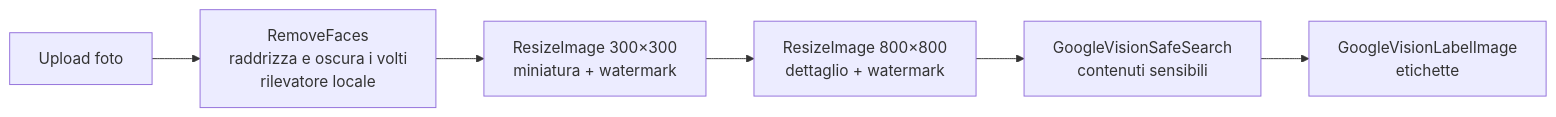
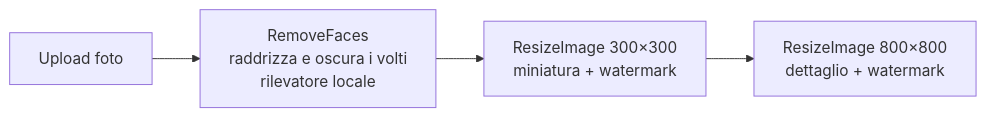
The second of 3 diagrams in README.md (DarioDidonna/presto_dario_didonna), drawn with Mermaid before and after one commit. The commit also changed other lines of this file and 1 other file, not shown here.

First line of the commit message:
Documentazione senza Google Vision

````diff
--- a/README.md
+++ b/README.md
@@ -96,8 +96,6 @@
 ```mermaid
 flowchart LR
     A[Upload foto] --> B[RemoveFaces<br/>raddrizza e oscura i volti<br/>rilevatore locale]
     B --> C[ResizeImage 300×300<br/>miniatura + watermark]
     C --> D[ResizeImage 800×800<br/>dettaglio + watermark]
-    D --> E[GoogleVisionSafeSearch<br/>contenuti sensibili]
-    E --> F[GoogleVisionLabelImage<br/>etichette]
 ```
````
